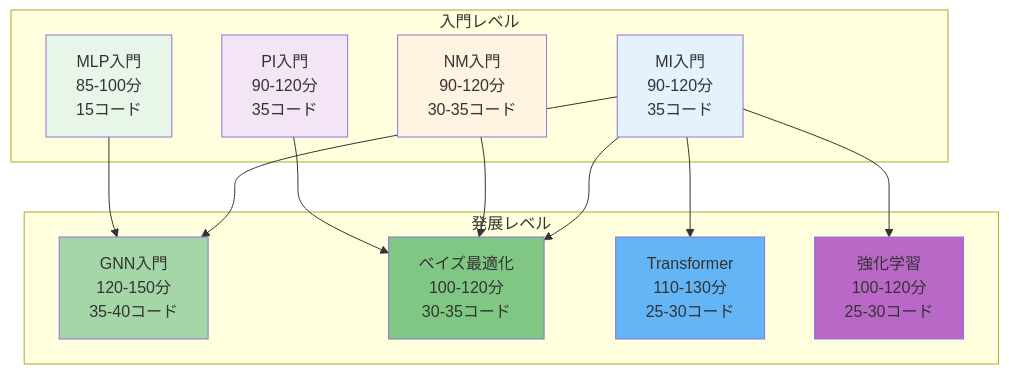
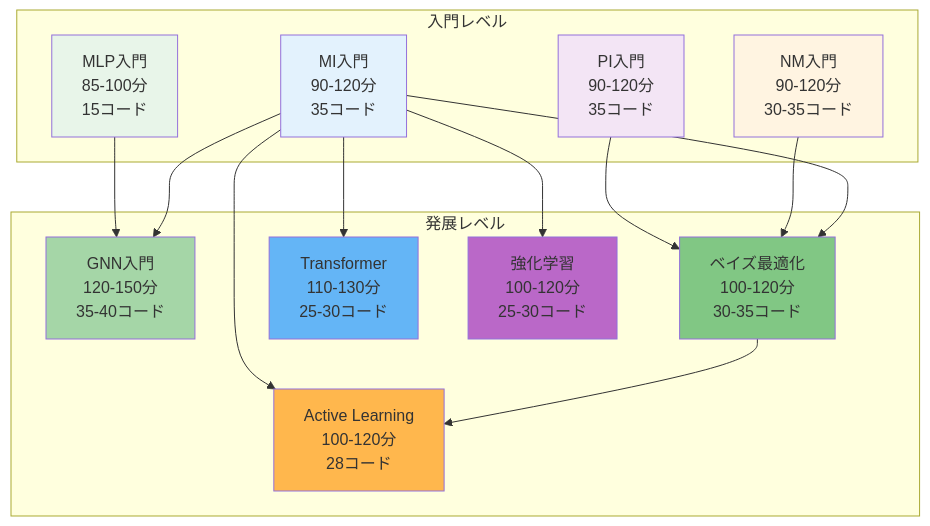
Before and after one commit to YusukeHashimotoLab/AI_Homepage: diagram 11 of 29 in wp/knowledge/jp/index.md, drawn with Mermaid. The commit also changed other lines of this file and 23 other files, not shown here.

````diff
--- a/wp/knowledge/jp/index.md
+++ b/wp/knowledge/jp/index.md
@@ -1748,33 +1841,37 @@
 ```mermaid
 graph TD
     subgraph 入門レベル
         A1[MI入門<br/>90-120分<br/>35コード]
         A2[NM入門<br/>90-120分<br/>30-35コード]
         A3[PI入門<br/>90-120分<br/>35コード]
         A4[MLP入門<br/>85-100分<br/>15コード]
     end
 
     subgraph 発展レベル
         B1[GNN入門<br/>120-150分<br/>35-40コード]
         B2[ベイズ最適化<br/>100-120分<br/>30-35コード]
         B3[Transformer<br/>110-130分<br/>25-30コード]
         B4[強化学習<br/>100-120分<br/>25-30コード]
+        B5[Active Learning<br/>100-120分<br/>28コード]
     end
 
     A1 --> B1
     A1 --> B2
     A4 --> B1
     A1 --> B3
     A2 --> B2
     A3 --> B2
     A1 --> B4
+    B2 --> B5
+    A1 --> B5
 
     style A1 fill:#e3f2fd
     style A2 fill:#fff4e1
     style A3 fill:#f3e5f5
     style A4 fill:#e8f5e9
     style B1 fill:#a5d6a7
     style B2 fill:#81c784
     style B3 fill:#64b5f6
     style B4 fill:#ba68c8
+    style B5 fill:#ffb74d
 ```
````
